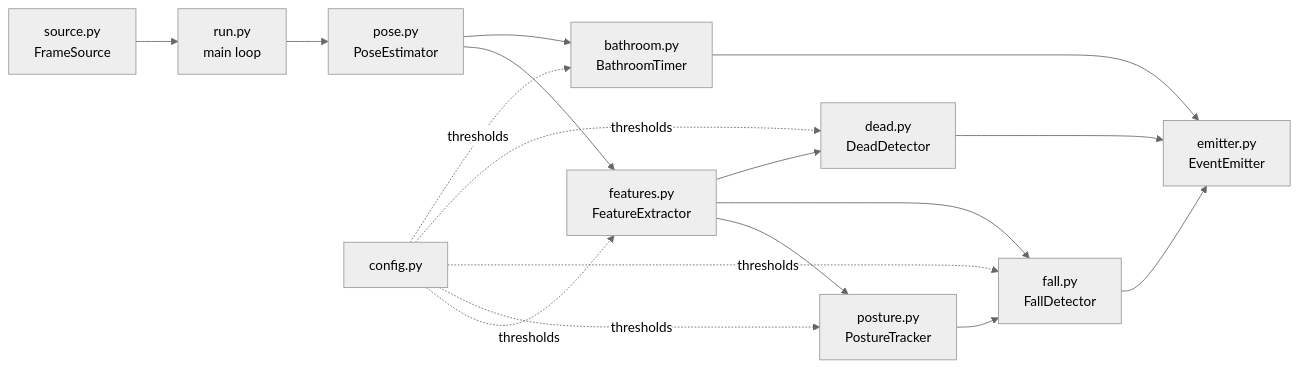
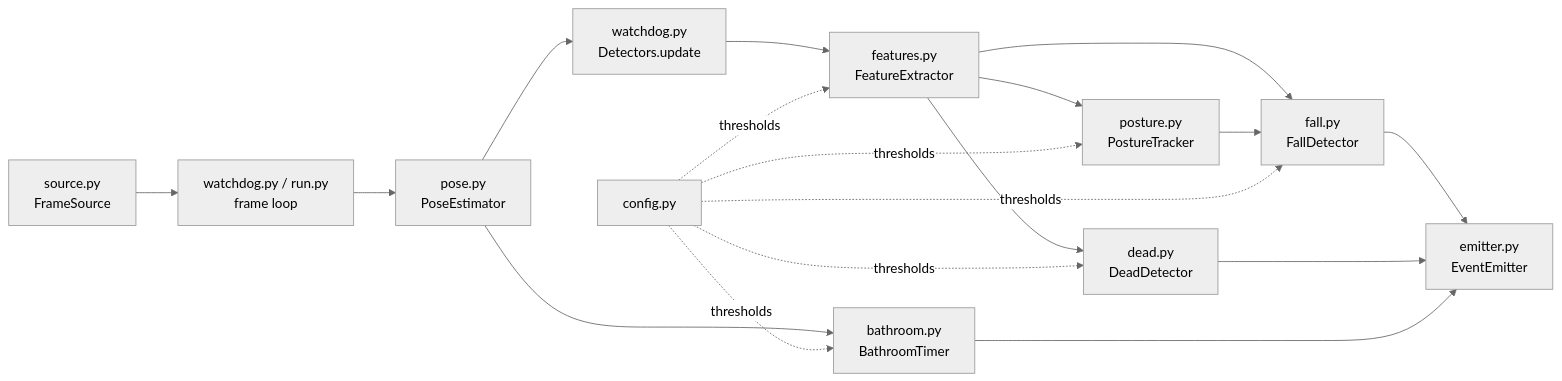
One commit to Eddie-Yoshie/StormsHacks2026 changed the diagram in vision/README.md. Above: the diagram before and after it, drawn with Mermaid (neutral theme). The commit also changed other lines of this file and 9 other files, not shown here.

````diff
--- a/vision/README.md
+++ b/vision/README.md
@@ -7,15 +12,16 @@
 ```mermaid
 flowchart LR
-  source[source.py<br/>FrameSource] --> run[run.py<br/>main loop]
-  run --> pose[pose.py<br/>PoseEstimator]
-  pose --> features[features.py<br/>FeatureExtractor]
+  source[source.py<br/>FrameSource] --> entry[watchdog.py / run.py<br/>frame loop]
+  entry --> pose[pose.py<br/>PoseEstimator]
+  pose --> detectors[watchdog.py<br/>Detectors.update]
+  detectors --> features[features.py<br/>FeatureExtractor]
   features --> posture[posture.py<br/>PostureTracker]
   features --> fall[fall.py<br/>FallDetector]
   posture --> fall
   features --> dead[dead.py<br/>DeadDetector]
   pose --> bathroom[bathroom.py<br/>BathroomTimer]
   fall --> emitter[emitter.py<br/>EventEmitter]
   dead --> emitter
   bathroom --> emitter
   config[config.py] -.thresholds.-> features & posture & fall & dead & bathroom
 ```
````
